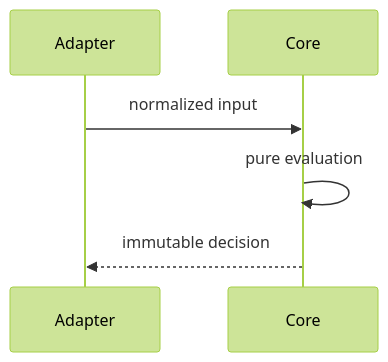
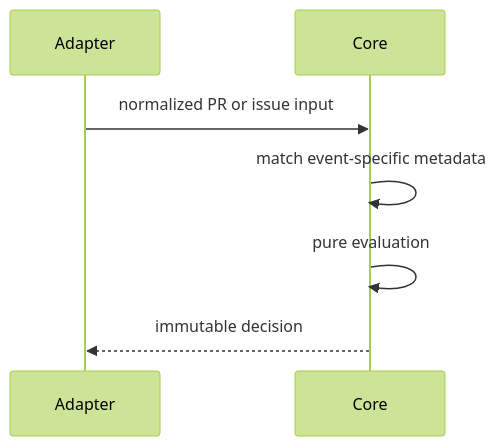
One commit to streamentry/AGENTOWNERS changed the third of 4 diagrams in packages/core/AGENTS.md. Above: the diagram before and after it, drawn with Mermaid (forest theme). The commit also changed other lines of this file and 12 other files, not shown here.

Commit message:
fix(core): evaluate issue rule conditions

````diff
--- a/packages/core/AGENTS.md
+++ b/packages/core/AGENTS.md
@@ -59,8 +59,9 @@
 ```mermaid
 sequenceDiagram
   participant Adapter
   participant Core
-  Adapter->>Core: normalized input
+  Adapter->>Core: normalized PR or issue input
+  Core->>Core: match event-specific metadata
   Core->>Core: pure evaluation
   Core-->>Adapter: immutable decision
 ```
````
